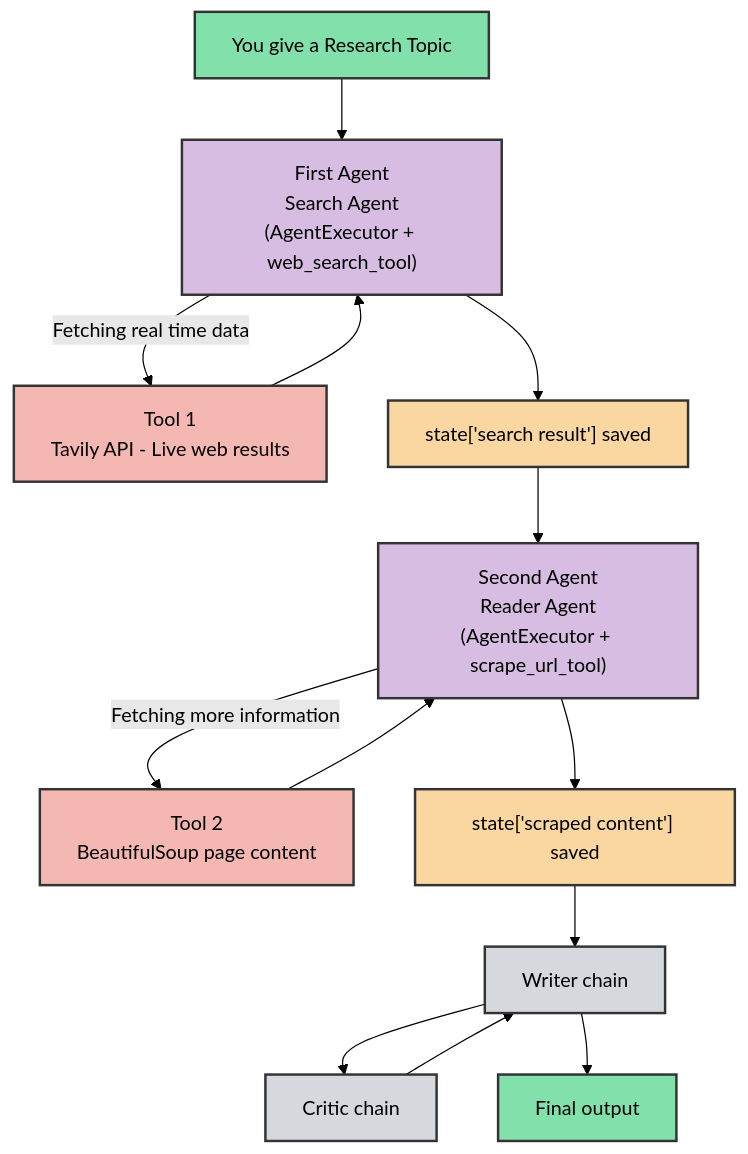
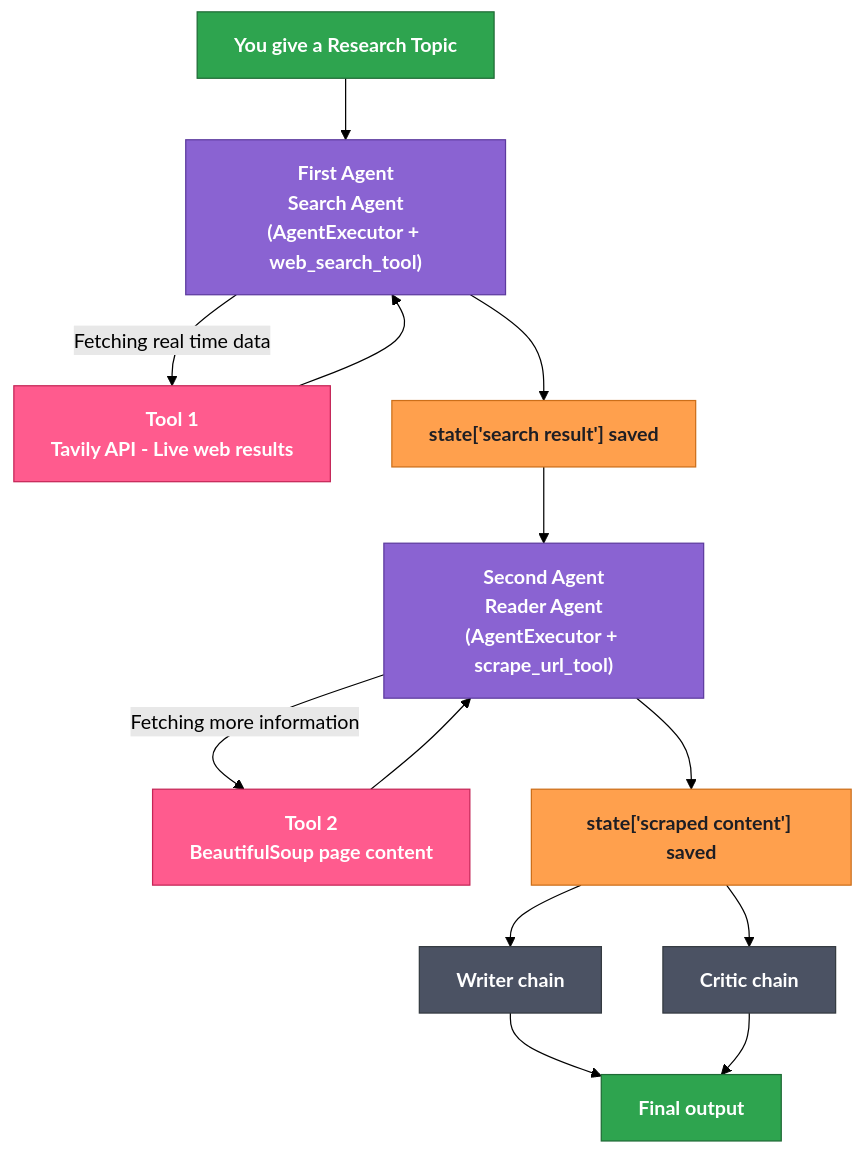
The diagram in README.md (Nancy7089/Synthea), drawn with Mermaid (forest theme) before and after one commit.

Commit message:
Refactor mermaid diagram in README.md

````diff
--- a/README.md
+++ b/README.md
@@ -13,52 +13,50 @@
 ```mermaid
 graph TD
-    %% Define Nodes
-    Topic["You give a Research Topic"]
+    %% Define color styles
+    classDef green fill:#2ea44f,stroke:#1e6a35,color:#fff,font-weight:bold;
+    classDef purple fill:#8a63d2,stroke:#5c3a9e,color:#fff,font-weight:bold;
+    classDef peach fill:#ffa04d,stroke:#cc6e19,color:#1e1e24,font-weight:bold;
+    classDef red fill:#ff5b8e,stroke:#c42556,color:#fff,font-weight:bold;
+    classDef grey fill:#4b5263,stroke:#343a40,color:#fff,font-weight:bold;
+
+    %% Nodes and relationships
+    Topic["You give a Research Topic"]:::green
     
-    SearchAgent["First Agent<br>Search Agent<br>(AgentExecutor + web_search_tool)"]
-    Tool1["Tool 1<br>Tavily API - Live web results"]
-    State1["state['search result'] saved"]
+    SearchAgent["First Agent<br>Search Agent<br>(AgentExecutor + web_search_tool)"]:::purple
+    Tavily["Tool 1<br>Tavily API - Live web results"]:::red
     
-    ReaderAgent["Second Agent<br>Reader Agent<br>(AgentExecutor + scrape_url_tool)"]
-    Tool2["Tool 2<br>BeautifulSoup page content"]
-    State2["state['scraped content'] saved"]
+    SearchSaved["state['search result'] saved"]:::peach
     
-    WriterChain["Writer chain"]
-    CriticChain["Critic chain"]
+    ReaderAgent["Second Agent<br>Reader Agent<br>(AgentExecutor + scrape_url_tool)"]:::purple
+    Scraper["Tool 2<br>BeautifulSoup page content"]:::red
     
-    Final["Final output"]
+    ScrapedSaved["state['scraped content'] saved"]:::peach
     
-    %% Connections
+    WriterChain["Writer chain"]:::grey
+    CriticChain["Critic chain"]:::grey
+    
+    FinalOutput["Final output"]:::green
+
+    %% Process flow
     Topic --> SearchAgent
     
-    SearchAgent -->|Fetching real time data| Tool1
-    Tool1 --> SearchAgent
+    %% Interactive side-loops with tools
+    SearchAgent -->|Fetching real time data| Tavily
+    Tavily --> SearchAgent
     
-    SearchAgent --> State1
-    State1 --> ReaderAgent
+    SearchAgent --> SearchSaved
+    SearchSaved --> ReaderAgent
     
-    ReaderAgent -->|Fetching more information| Tool2
-    Tool2 --> ReaderAgent
+    ReaderAgent -->|Fetching more information| Scraper
+    Scraper --> ReaderAgent
     
-    ReaderAgent --> State2
+    ReaderAgent --> ScrapedSaved
     
-    State2 --> WriterChain
+    %% Parallel branches
+    ScrapedSaved --> WriterChain
+    ScrapedSaved --> CriticChain
     
-    %% Writer and Critic Feedback Loop
-    WriterChain --> CriticChain
-    CriticChain --> WriterChain
-    
-    WriterChain --> Final
-    
-    %% Styling to match the original diagram colors
-    style Topic fill:#82e0aa,stroke:#333,stroke-width:2px,color:#000
-    style SearchAgent fill:#d7bde2,stroke:#333,stroke-width:2px,color:#000
-    style Tool1 fill:#f5b7b1,stroke:#333,stroke-width:2px,color:#000
-    style State1 fill:#fad7a1,stroke:#333,stroke-width:2px,color:#000
-    style ReaderAgent fill:#d7bde2,stroke:#333,stroke-width:2px,color:#000
-    style Tool2 fill:#f5b7b1,stroke:#333,stroke-width:2px,color:#000
-    style State2 fill:#fad7a1,stroke:#333,stroke-width:2px,color:#000
-    style WriterChain fill:#d5d8dc,stroke:#333,stroke-width:2px,color:#000
-    style CriticChain fill:#d5d8dc,stroke:#333,stroke-width:2px,color:#000
-    style Final fill:#82e0aa,stroke:#333,stroke-width:2px,color:#000
+    %% Final output convergence
+    WriterChain --> FinalOutput
+    CriticChain --> FinalOutput
 ```
````
